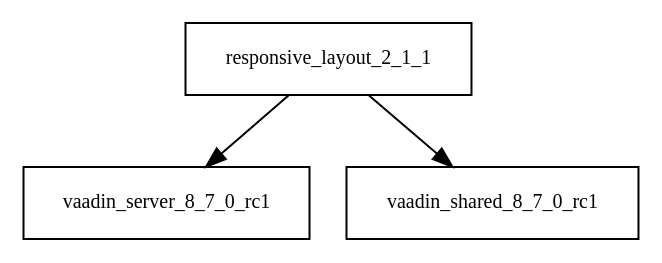
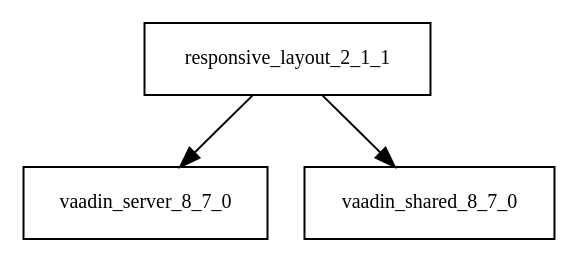
One commit to Hack23/cia changed the diagram in tattleTaleReport/graphviz/responsive-layout-2.1.1.jar/responsive-layout-2.1.1.jar.dot. Above: the diagram before and after it, drawn with Graphviz. The commit also changed 2445 other files, not shown here.

```diff
--- a/tattleTaleReport/graphviz/responsive-layout-2.1.1.jar/responsive-layout-2.1.1.jar.dot
+++ b/tattleTaleReport/graphviz/responsive-layout-2.1.1.jar/responsive-layout-2.1.1.jar.dot
@@ -1,5 +1,5 @@
 digraph responsive_layout_2_1_1_dependencies {
   node [shape = box, fontsize=10.0];
-  responsive_layout_2_1_1 -> vaadin_server_8_7_0_rc1;
-  responsive_layout_2_1_1 -> vaadin_shared_8_7_0_rc1;
+  responsive_layout_2_1_1 -> vaadin_server_8_7_0;
+  responsive_layout_2_1_1 -> vaadin_shared_8_7_0;
 }
```
